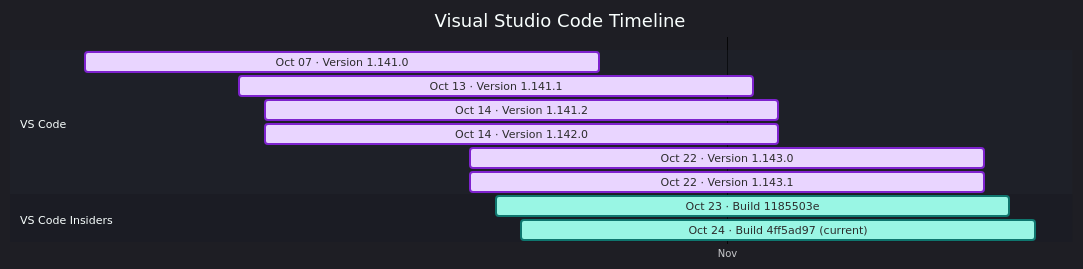
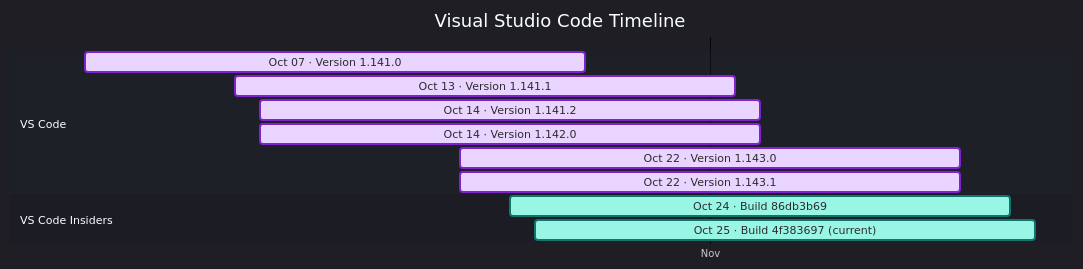
Before and after one commit to Oxelya-DevTools/VisualStudioUpdate: the diagram in docs/vscode.md, drawn with Mermaid. The commit also changed other lines of this file and 1 other file, not shown here.

````diff
--- a/docs/vscode.md
+++ b/docs/vscode.md
@@ -9,18 +9,18 @@
 ```mermaid
 %%{init: {'theme':'dark','themeVariables': { 'fontFamily': 'Segoe UI', 'fontSize': '24px', 'textColor': '#F3F4F6', 'titleTextColor': '#FFFFFF', 'taskTextColor': '#111827', 'taskTextLightColor': '#111827', 'taskTextOutsideColor': '#F3F4F6', 'taskBkgColor': '#BAE6FD', 'taskBorderColor': '#0369A1', 'doneTaskBkgColor': '#E9D5FF', 'doneTaskBorderColor': '#7E22CE', 'activeTaskBkgColor': '#99F6E4', 'activeTaskBorderColor': '#0F766E', 'critTaskBkgColor': '#FED7AA', 'critTaskBorderColor': '#C2410C', 'sectionBkgColor': '#1F2937', 'altSectionBkgColor': '#111827', 'gridColor': '#4B5563', 'todayLineColor': '#F87171' }}}%%
 gantt
     title Visual Studio Code Timeline
     dateFormat  YYYY-MM-DD
     axisFormat  %b
     tickInterval 1month
     section VS Code
     Oct 07 · Version 1.141.0 : done, vscode202610070, 2026-10-07, 20d
     Oct 13 · Version 1.141.1 : done, vscode202610131, 2026-10-13, 20d
     Oct 14 · Version 1.141.2 : done, vscode202610142, 2026-10-14, 20d
     Oct 14 · Version 1.142.0 : done, vscode202610143, 2026-10-14, 20d
     Oct 22 · Version 1.143.0 : done, vscode202610224, 2026-10-22, 20d
     Oct 22 · Version 1.143.1 : done, vscode202610225, 2026-10-22, 20d
     section VS Code Insiders
-    Oct 23 · Build 1185503e : active, vscodeinsiders202610230, 2026-10-23, 20d
-    Oct 24 · Build 4ff5ad97 (current) : active, vscodeinsiders202610241, 2026-10-24, 20d
+    Oct 24 · Build 86db3b69 : active, vscodeinsiders202610240, 2026-10-24, 20d
+    Oct 25 · Build 4f383697 (current) : active, vscodeinsiders202610251, 2026-10-25, 20d
 ```
````
